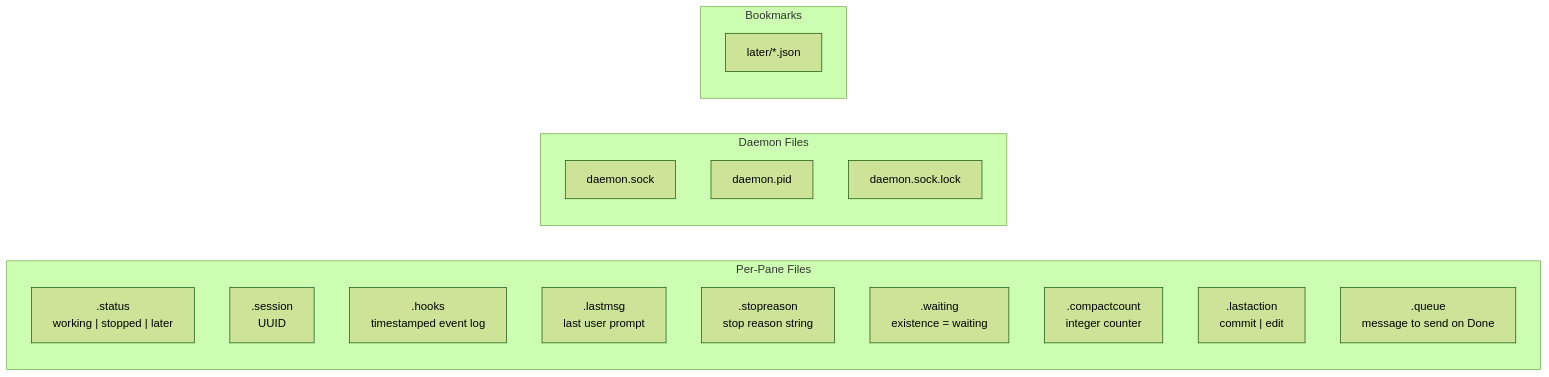
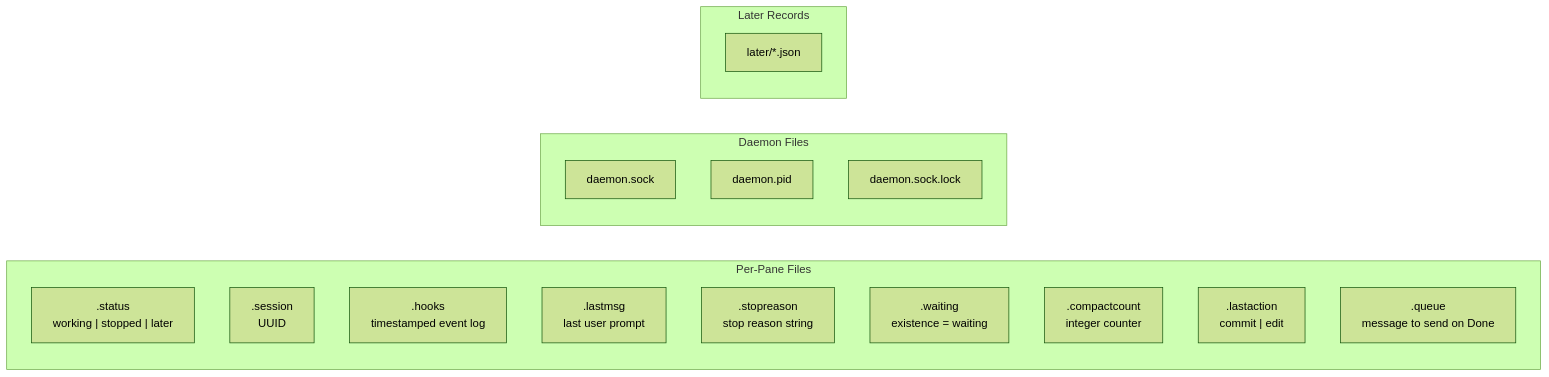
Before and after one commit to huylenq/spirit: diagram 11 of 15 in docs/hooks.md, drawn with Mermaid (forest theme). The commit also changed other lines of this file and 30 other files, not shown here.

````diff
--- a/docs/hooks.md
+++ b/docs/hooks.md
@@ -407,24 +407,24 @@
 ```mermaid
 graph LR
     subgraph "Per-Pane Files"
         status[".status<br/>working | stopped | later"]
         session[".session<br/>UUID"]
         hooks[".hooks<br/>timestamped event log"]
         lastmsg[".lastmsg<br/>last user prompt"]
         stopreason[".stopreason<br/>stop reason string"]
         waiting[".waiting<br/>existence = waiting"]
         compactcount[".compactcount<br/>integer counter"]
         lastaction[".lastaction<br/>commit | edit"]
         queue[".queue<br/>message to send on Done"]
     end
 
     subgraph "Daemon Files"
         sock["daemon.sock"]
         pid["daemon.pid"]
         lock["daemon.sock.lock"]
     end
 
-    subgraph "Bookmarks"
+    subgraph "Later Records"
         later["later/*.json"]
     end
 ```
````
